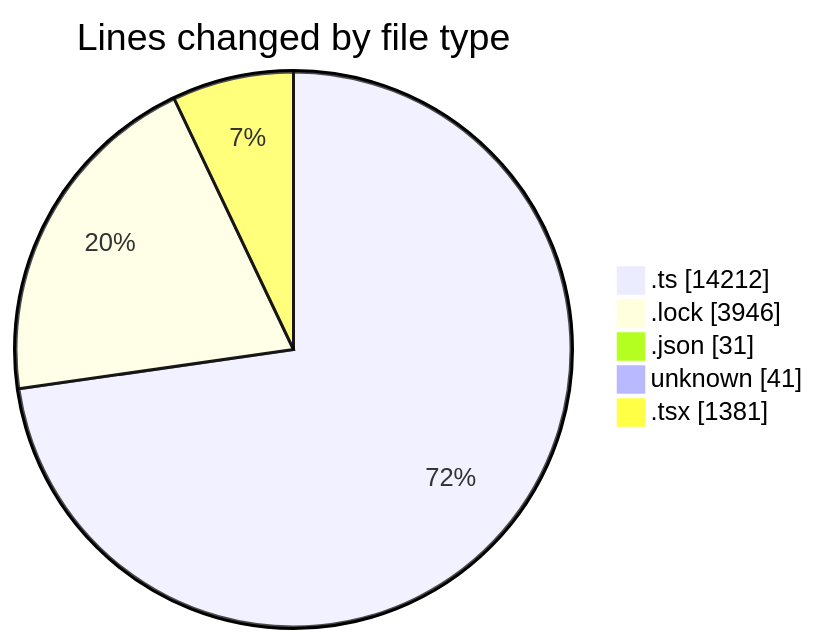
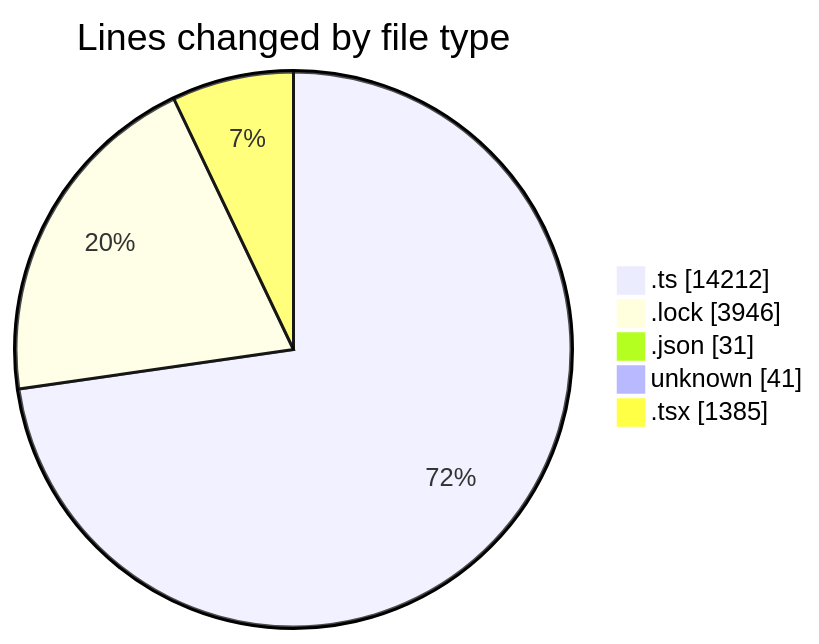
One commit to momahboobian/code-tracking changed the first of 2 diagrams in 2025-08-19/cda/README.md. Above: the diagram before and after it, drawn with Mermaid. The commit also changed other lines of this file and 1 other file, not shown here.

````diff
--- a/2025-08-19/cda/README.md
+++ b/2025-08-19/cda/README.md
@@ -38,9 +38,9 @@
 ```mermaid
 pie showData
 title Lines changed by file type
 ".ts" : 14212
 ".lock" : 3946
 ".json" : 31
 "unknown" : 41
-".tsx" : 1381
+".tsx" : 1385
 ```
````
